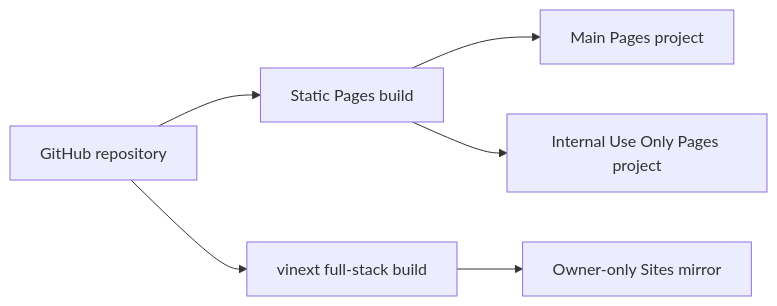
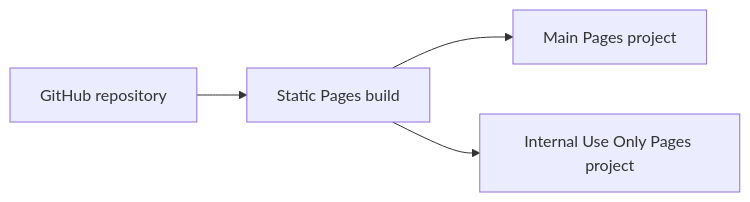
The first of 2 diagrams in docs/ARCHITECTURE.md (ahmedbins/fda_device), drawn with Mermaid before and after one commit. The commit also changed other lines of this file and 2 other files, not shown here.

Commit message:
Hide owner-only mirror from public docs

````diff
--- a/docs/ARCHITECTURE.md
+++ b/docs/ARCHITECTURE.md
@@ -7,8 +7,6 @@
 ```mermaid
 flowchart LR
   R["GitHub repository"] --> B["Static Pages build"]
   B --> M["Main Pages project"]
   B --> I["Internal Use Only Pages project"]
-  R --> V["vinext full-stack build"]
-  V --> S["Owner-only Sites mirror"]
 ```
````
